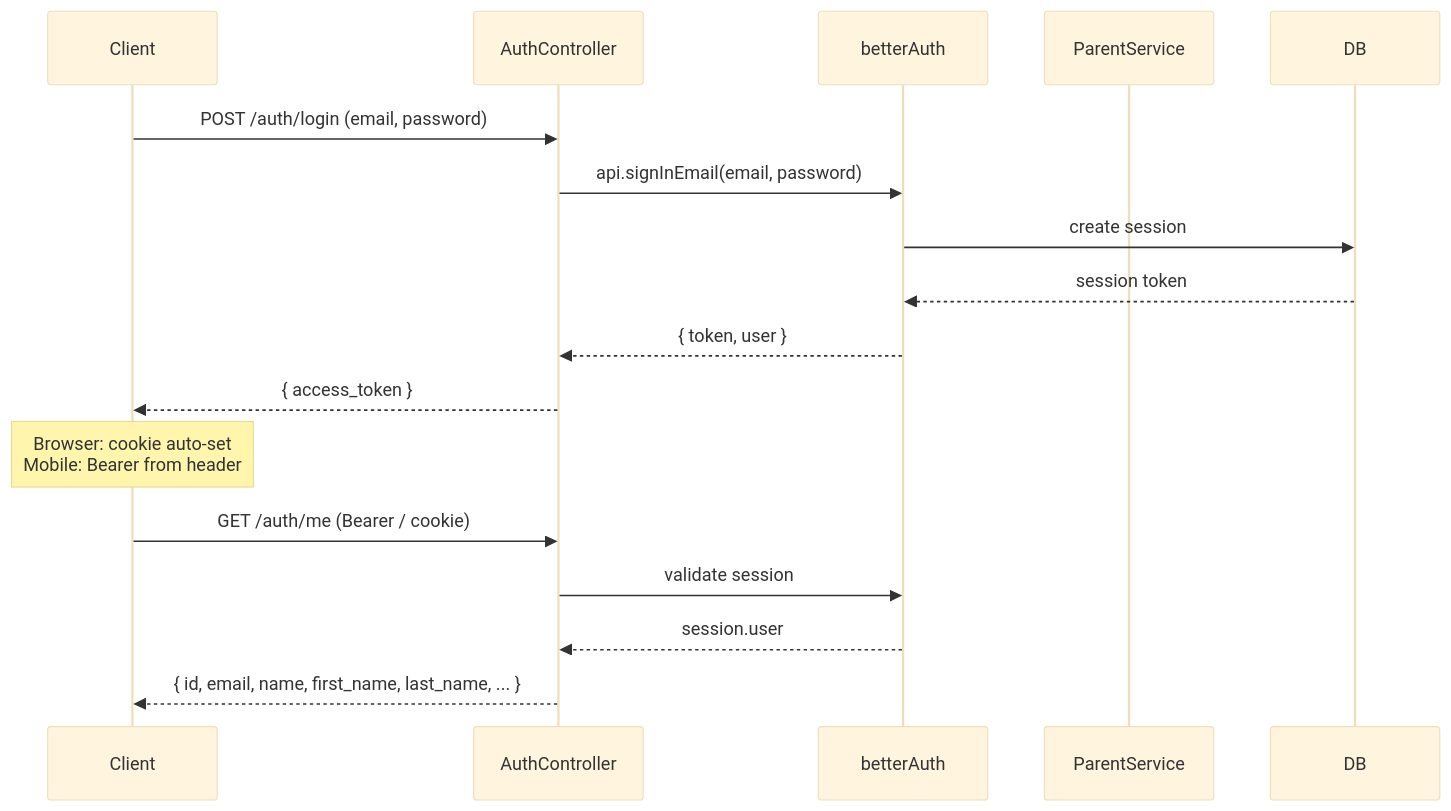
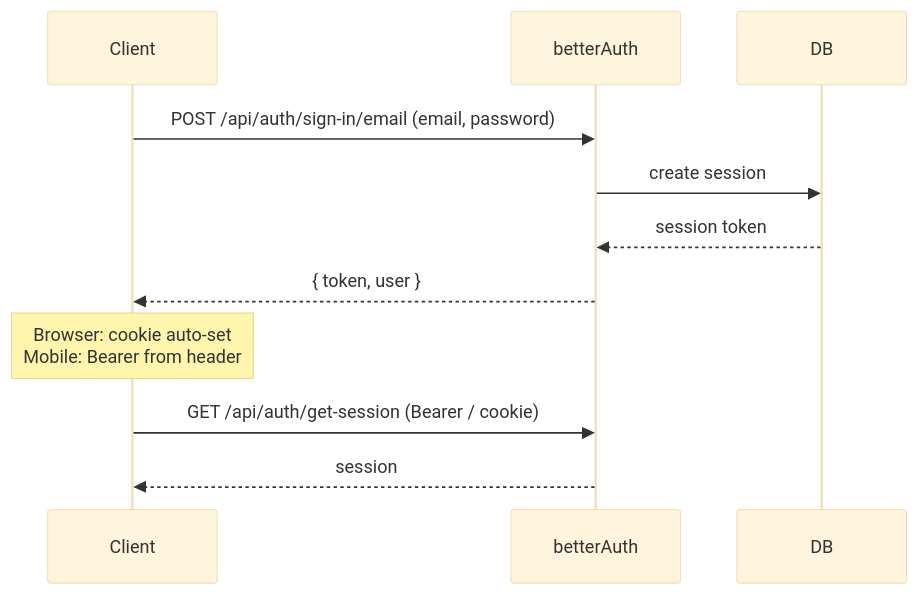
One commit to BelkorcheWidad/elFulk-Backend changed the first of 4 diagrams in docs/auth/AUTH.md. Above: the diagram before and after it, drawn with Mermaid (base theme). The commit also changed other lines of this file and 6 other files, not shown here.

Commit message:
refactor(auth): Removed redundant login endpoint

````diff
--- a/docs/auth/AUTH.md
+++ b/docs/auth/AUTH.md
@@ -20,21 +20,15 @@
 ```mermaid
 sequenceDiagram
     participant Client
-    participant AuthController
     participant betterAuth
-    participant ParentService
     participant DB
 
-    Client->>AuthController: POST /auth/login (email, password)
-    AuthController->>betterAuth: api.signInEmail(email, password)
+    Client->>betterAuth: POST /api/auth/sign-in/email (email, password)
     betterAuth->>DB: create session
     DB-->>betterAuth: session token
-    betterAuth-->>AuthController: { token, user }
-    AuthController-->>Client: { access_token }
+    betterAuth-->>Client: { token, user }
     Note over Client: Browser: cookie auto-set<br>Mobile: Bearer from header
 
-    Client->>AuthController: GET /auth/me (Bearer / cookie)
-    AuthController->>betterAuth: validate session
-    betterAuth-->>AuthController: session.user
-    AuthController-->>Client: { id, email, name, first_name, last_name, ... }
+    Client->>betterAuth: GET /api/auth/get-session (Bearer / cookie)
+    betterAuth-->>Client: session
 ```
````
